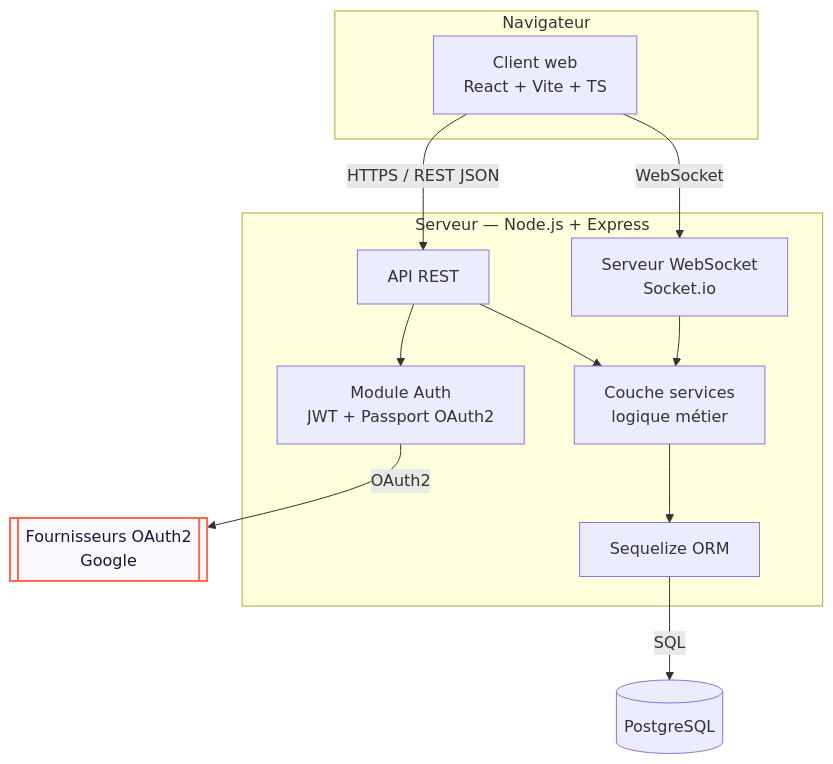
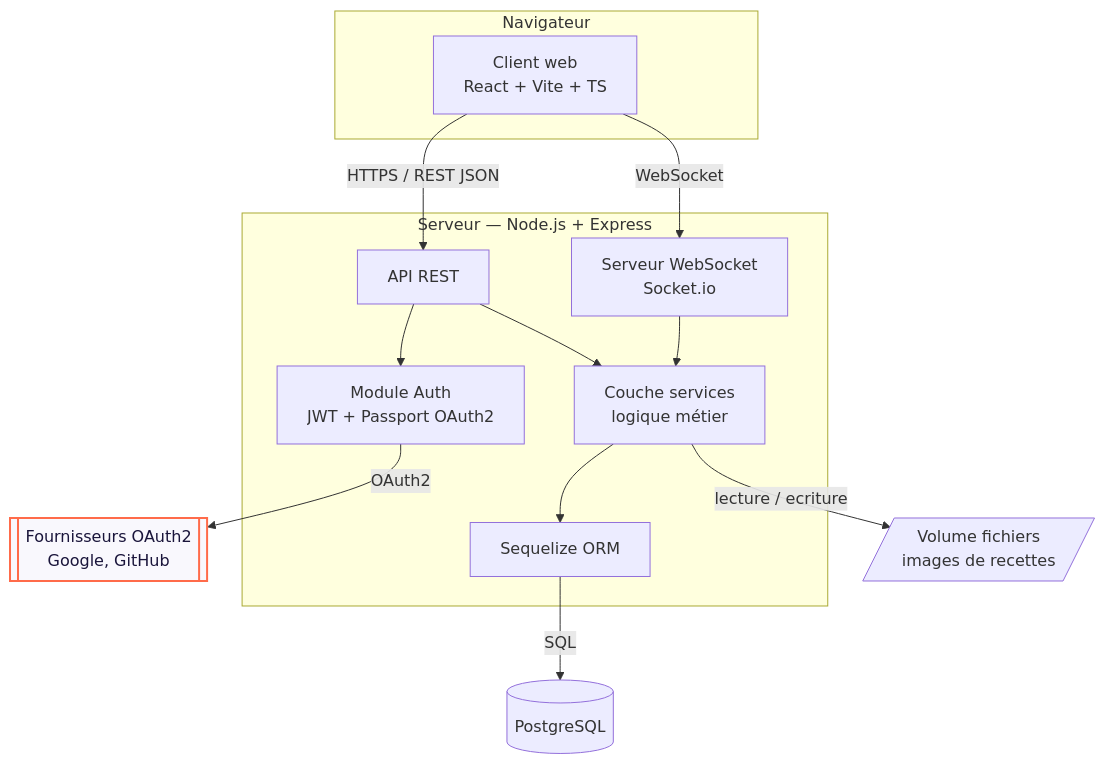
The first of 2 diagrams in docs/conception/05-architecture-deploiement.md (Evan-Morvant/SupMeal), drawn with Mermaid before and after one commit. The commit also changed other lines of this file and 4 other files, not shown here.

````diff
--- a/docs/conception/05-architecture-deploiement.md
+++ b/docs/conception/05-architecture-deploiement.md
@@ -5,29 +5,31 @@
 ```mermaid
 flowchart TB
   subgraph Navigateur
     UI[Client web<br/>React + Vite + TS]
   end
 
   subgraph Serveur[Serveur — Node.js + Express]
     API[API REST]
     WSV[Serveur WebSocket<br/>Socket.io]
     AUTH[Module Auth<br/>JWT + Passport OAuth2]
     SVC[Couche services<br/>logique métier]
     ORM[Sequelize ORM]
   end
 
   DB[(PostgreSQL)]
-  OAUTH[[Fournisseurs OAuth2<br/>Google]]
+  FS[/Volume fichiers<br/>images de recettes/]
+  OAUTH[[Fournisseurs OAuth2<br/>Google, GitHub]]
 
   UI -->|HTTPS / REST JSON| API
   UI -->|WebSocket| WSV
   API --> AUTH
   API --> SVC
   WSV --> SVC
   AUTH -->|OAuth2| OAUTH
   SVC --> ORM
+  SVC -->|lecture / ecriture| FS
   ORM -->|SQL| DB
 
   classDef ext fill:#F9F8FD,stroke:#FF6B4A,stroke-width:2px,color:#1A153B;
   class OAUTH ext;
 ```
````
